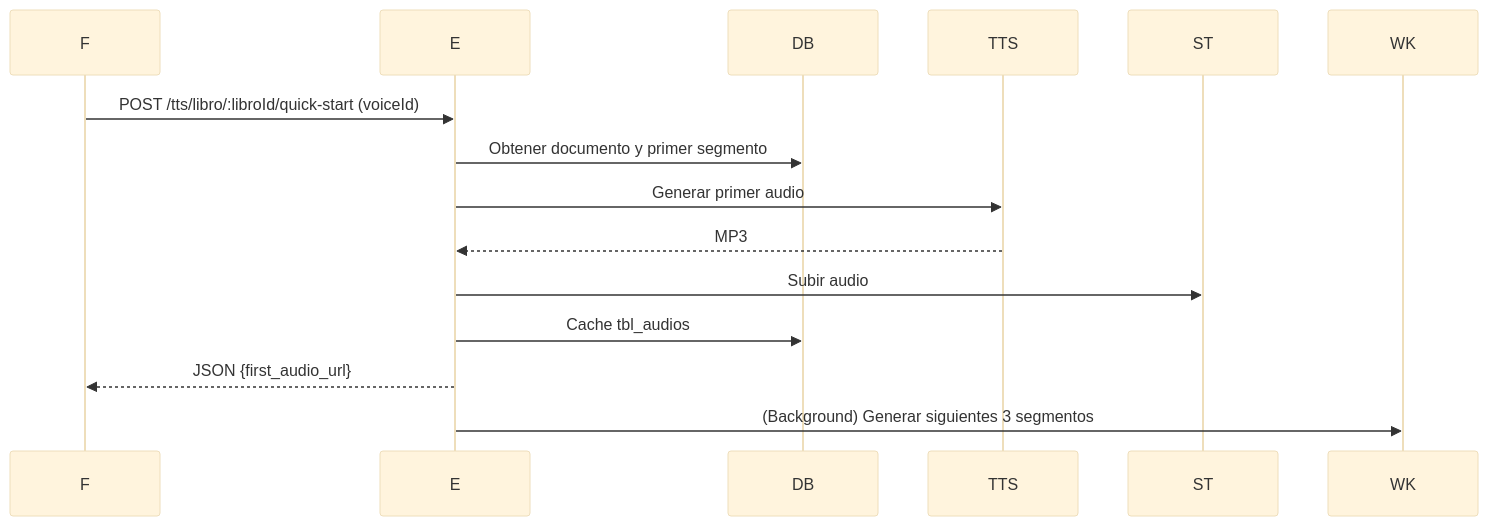
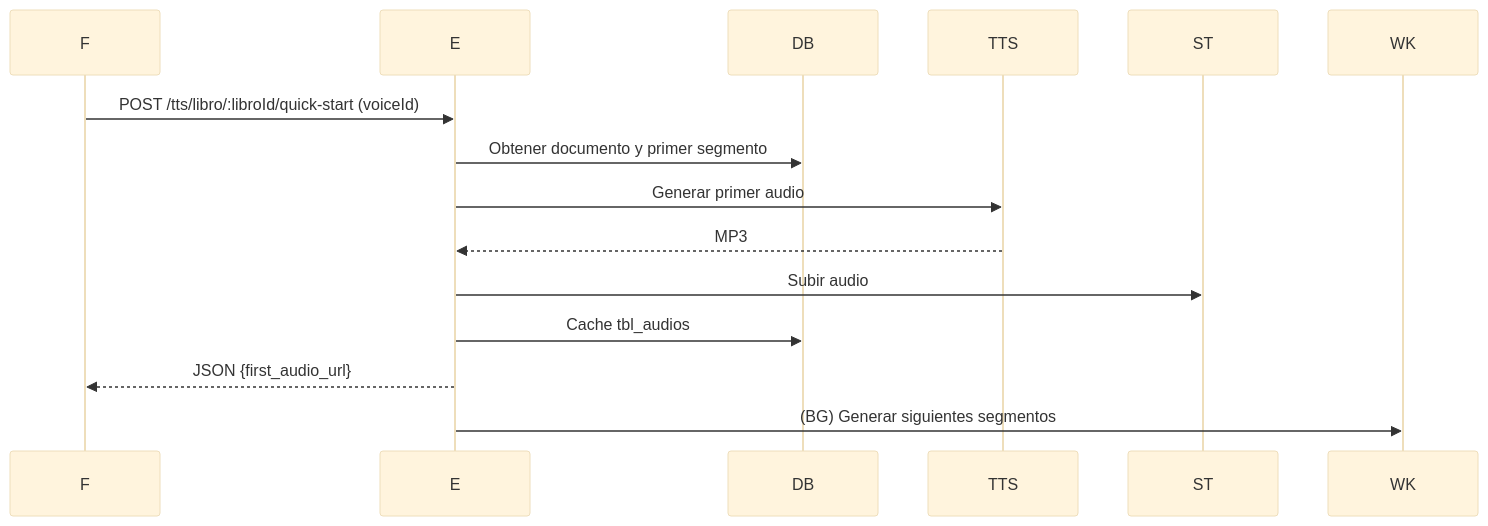
Before and after one commit to spalacioc05/Loom: the fourth of 5 diagrams in README.md, drawn with Mermaid (base theme). The commit also changed other lines of this file, not shown here.

````diff
--- a/README.md
+++ b/README.md
@@ -167,11 +181,11 @@
 ```mermaid
 sequenceDiagram
   F->>E: POST /tts/libro/:libroId/quick-start (voiceId)
   E->>DB: Obtener documento y primer segmento
   E->>TTS: Generar primer audio
   TTS-->>E: MP3
   E->>ST: Subir audio
   E->>DB: Cache tbl_audios
   E-->>F: JSON {first_audio_url}
-  E->>WK: (Background) Generar siguientes 3 segmentos
+  E->>WK: (BG) Generar siguientes segmentos
 ```
````
